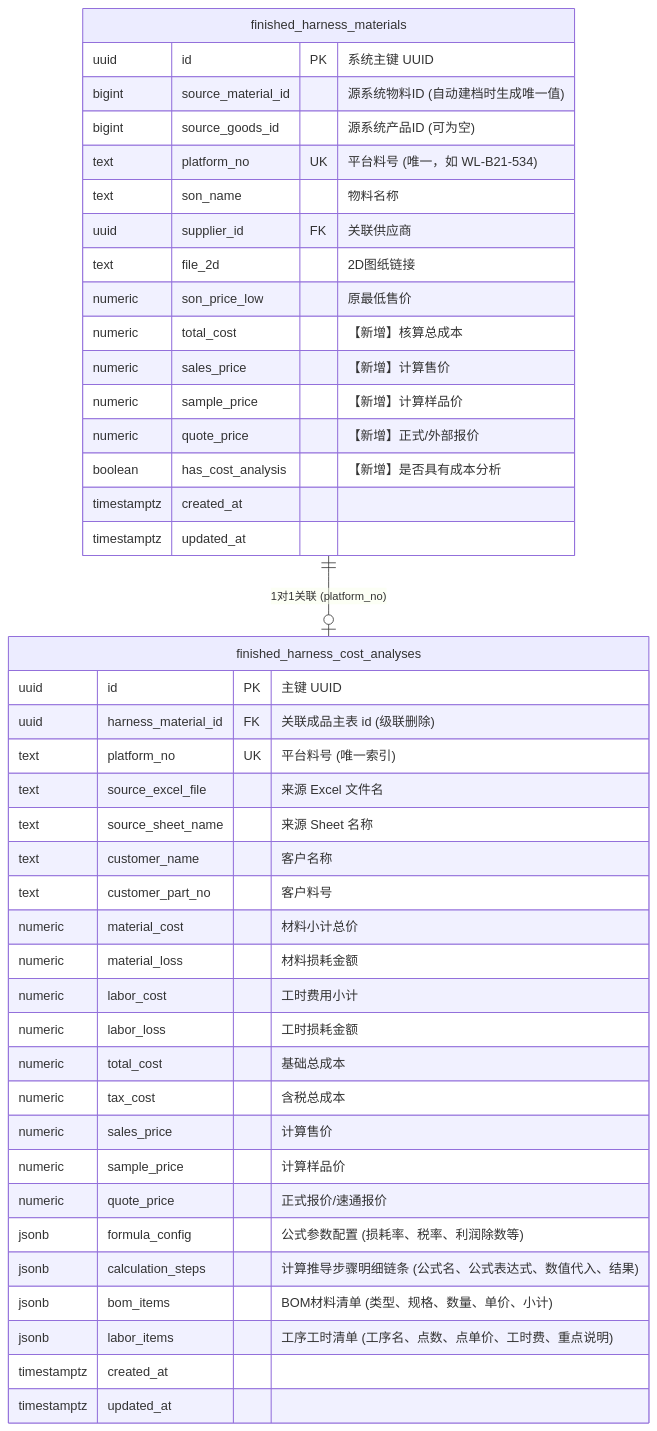
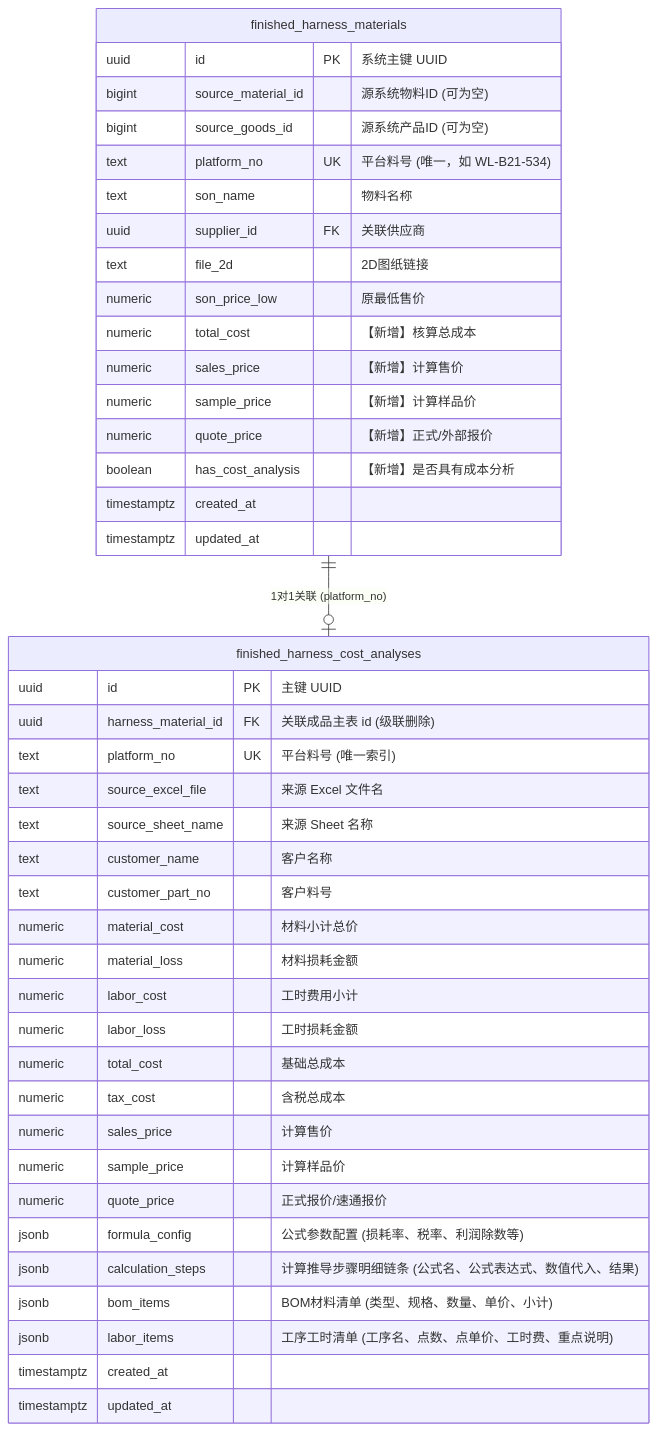
Before and after one commit to Dream-cmd13/wire-designer: the first of 2 diagrams in docs/finished-harness-cost-analysis-plan.md, drawn with Mermaid. The commit also changed other lines of this file and 7 other files, not shown here.

Commit message:
refactor(schema): 将成品线束 source_material_id 调整为可空

````diff
--- a/docs/finished-harness-cost-analysis-plan.md
+++ b/docs/finished-harness-cost-analysis-plan.md
@@ -27,47 +27,47 @@
 ```mermaid
 erDiagram
     finished_harness_materials ||--o| finished_harness_cost_analyses : "1对1关联 (platform_no)"
 
     finished_harness_materials {
         uuid id PK "系统主键 UUID"
-        bigint source_material_id "源系统物料ID (自动建档时生成唯一值)"
+        bigint source_material_id "源系统物料ID (可为空)"
         bigint source_goods_id "源系统产品ID (可为空)"
         text platform_no UK "平台料号 (唯一，如 WL-B21-534)"
         text son_name "物料名称"
         uuid supplier_id FK "关联供应商"
         text file_2d "2D图纸链接"
         numeric son_price_low "原最低售价"
         numeric total_cost "【新增】核算总成本"
         numeric sales_price "【新增】计算售价"
         numeric sample_price "【新增】计算样品价"
         numeric quote_price "【新增】正式/外部报价"
         boolean has_cost_analysis "【新增】是否具有成本分析"
         timestamptz created_at
         timestamptz updated_at
     }
 
     finished_harness_cost_analyses {
         uuid id PK "主键 UUID"
         uuid harness_material_id FK "关联成品主表 id (级联删除)"
         text platform_no UK "平台料号 (唯一索引)"
         text source_excel_file "来源 Excel 文件名"
         text source_sheet_name "来源 Sheet 名称"
         text customer_name "客户名称"
         text customer_part_no "客户料号"
         numeric material_cost "材料小计总价"
         numeric material_loss "材料损耗金额"
         numeric labor_cost "工时费用小计"
         numeric labor_loss "工时损耗金额"
         numeric total_cost "基础总成本"
         numeric tax_cost "含税总成本"
         numeric sales_price "计算售价"
         numeric sample_price "计算样品价"
         numeric quote_price "正式报价/速通报价"
         jsonb formula_config "公式参数配置 (损耗率、税率、利润除数等)"
         jsonb calculation_steps "计算推导步骤明细链条 (公式名、公式表达式、数值代入、结果)"
         jsonb bom_items "BOM材料清单 (类型、规格、数量、单价、小计)"
         jsonb labor_items "工序工时清单 (工序名、点数、点单价、工时费、重点说明)"
         timestamptz created_at
         timestamptz updated_at
     }
 ```
````
